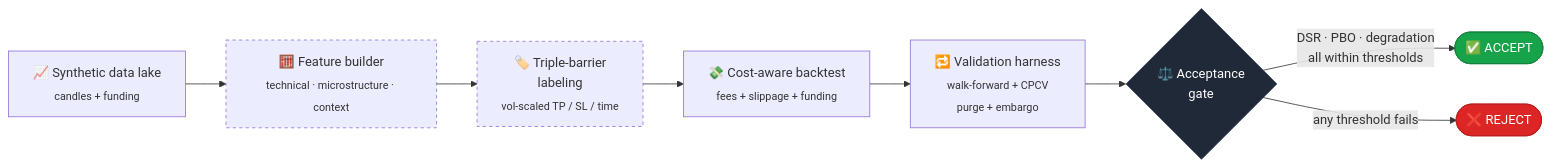
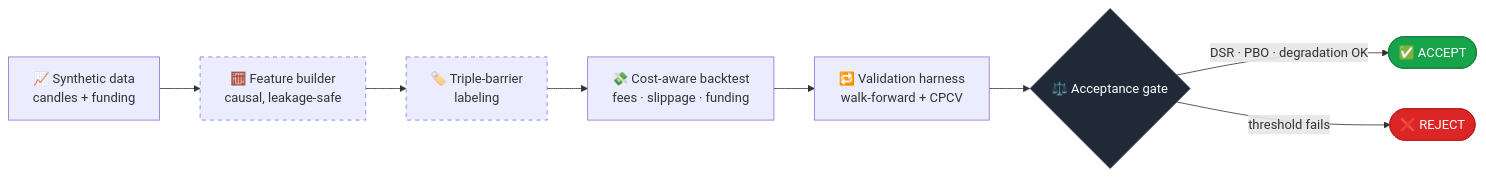
One commit to joseph280/crypto-backtest-lab changed the diagram in README.md. Above: the diagram before and after it, drawn with Mermaid. The commit also changed other lines of this file, not shown here.

Commit message:
Fix Mermaid diagram overflow: drop <sub> tags, shorten node labels
GitHub's Mermaid renderer sized boxes to the main line while the <sub>
secondary lines overflowed and clipped. Use plain <br/> line breaks with
concise labels so every line fits, and align the caption with the dashed
(leakage-controlled) stages.

````diff
--- a/README.md
+++ b/README.md
@@ -31,16 +31,16 @@
 ```mermaid
 flowchart LR
-    A["📈 Synthetic data lake<br/><sub>candles + funding</sub>"] --> B["🧮 Feature builder<br/><sub>technical · microstructure · context</sub>"]
-    B --> C["🏷️ Triple-barrier<br/>labeling<br/><sub>vol-scaled TP / SL / time</sub>"]
-    C --> D["💸 Cost-aware backtest<br/><sub>fees + slippage + funding</sub>"]
-    D --> E["🔁 Validation harness<br/><sub>walk-forward + CPCV<br/>purge + embargo</sub>"]
-    E --> F{"⚖️ Acceptance<br/>gate"}
-    F -->|"DSR · PBO · degradation<br/>all within thresholds"| G(["✅ ACCEPT"])
-    F -->|"any threshold fails"| H(["❌ REJECT"])
+    A["📈 Synthetic data<br/>candles + funding"] --> B["🧮 Feature builder<br/>causal, leakage-safe"]
+    B --> C["🏷️ Triple-barrier<br/>labeling"]
+    C --> D["💸 Cost-aware backtest<br/>fees · slippage · funding"]
+    D --> E["🔁 Validation harness<br/>walk-forward + CPCV"]
+    E --> F{"⚖️ Acceptance gate"}
+    F -->|"DSR · PBO · degradation OK"| G(["✅ ACCEPT"])
+    F -->|"threshold fails"| H(["❌ REJECT"])
 
-    classDef leak stroke-dasharray:4 4;
+    classDef leak stroke-dasharray:5 5;
     class B,C leak
     style G fill:#16a34a,color:#fff,stroke:#15803d
     style H fill:#dc2626,color:#fff,stroke:#b91c1c
     style F fill:#1f2937,color:#fff,stroke:#374151
 ```
````
